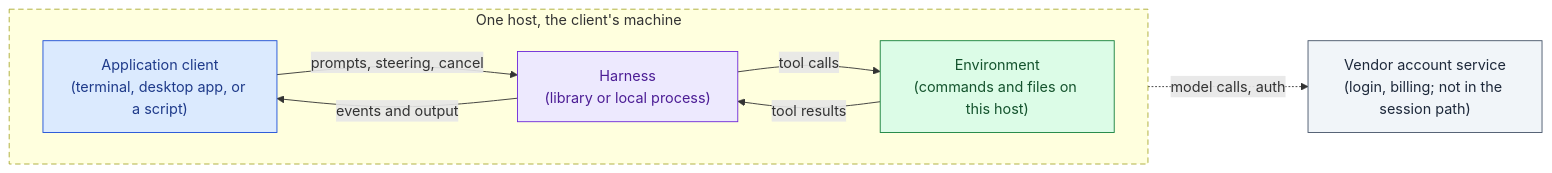
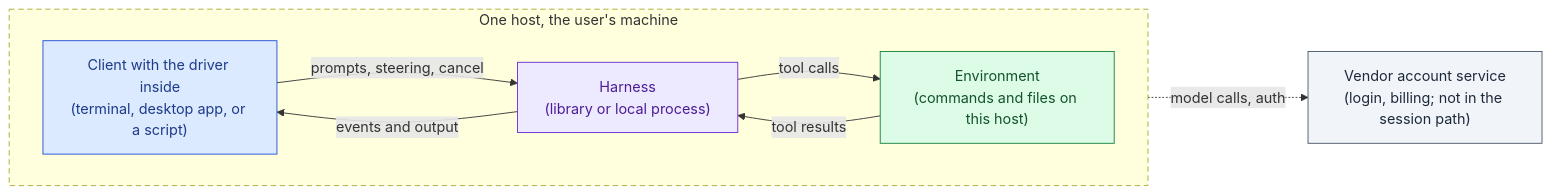
One commit to botiverse/oar changed the first of 13 diagrams in docs/design/patterns.md. Above: the diagram before and after it, drawn with Mermaid. The commit also changed other lines of this file, not shown here.

First line of the commit message:
docs(design): patterns split the application into client and driver, pattern 1 gets 1a and 1b

````diff
--- a/docs/design/patterns.md
+++ b/docs/design/patterns.md
@@ -149,20 +161,20 @@
 ```mermaid
 flowchart LR
-  subgraph host["One host, the client's machine"]
+  subgraph host["One host, the user's machine"]
     direction LR
-    Client["Application client<br/>(terminal, desktop app, or a script)"]:::app
+    Client["Client with the driver inside<br/>(terminal, desktop app, or a script)"]:::app
     Harness["Harness<br/>(library or local process)"]:::harness
     Env["Environment<br/>(commands and files on this host)"]:::env
   end
   Account["Vendor account service<br/>(login, billing; not in the session path)"]:::front
   Client -- "prompts, steering, cancel" --> Harness
   Harness -- "events and output" --> Client
   Harness -- "tool calls" --> Env
   Env -- "tool results" --> Harness
   Harness -. "model calls, auth" .-> Account
   style host stroke-dasharray: 6 4
   classDef app fill:#dbeafe,stroke:#1d4ed8,color:#1e3a8a
   classDef harness fill:#ede9fe,stroke:#6d28d9,color:#4c1d95
   classDef env fill:#dcfce7,stroke:#15803d,color:#14532d
   classDef front fill:#f1f5f9,stroke:#475569,color:#1e293b
 ```
````
